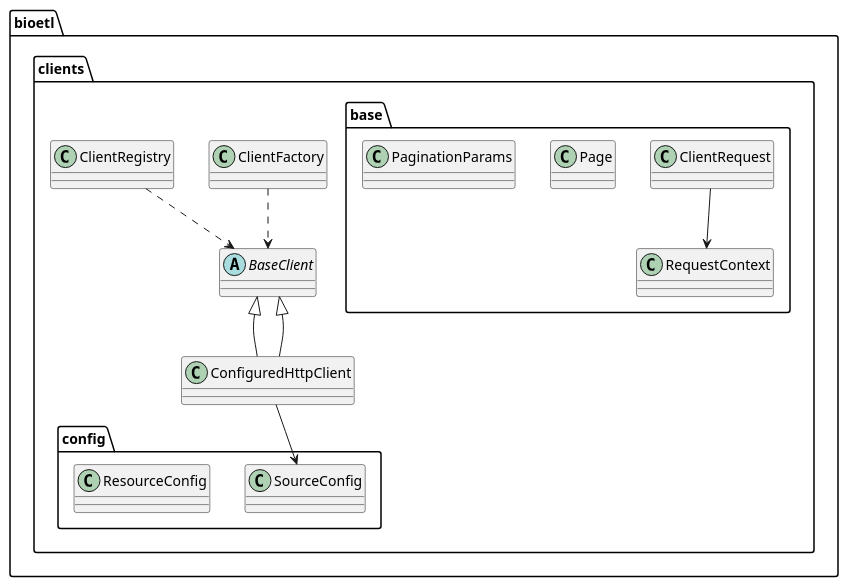
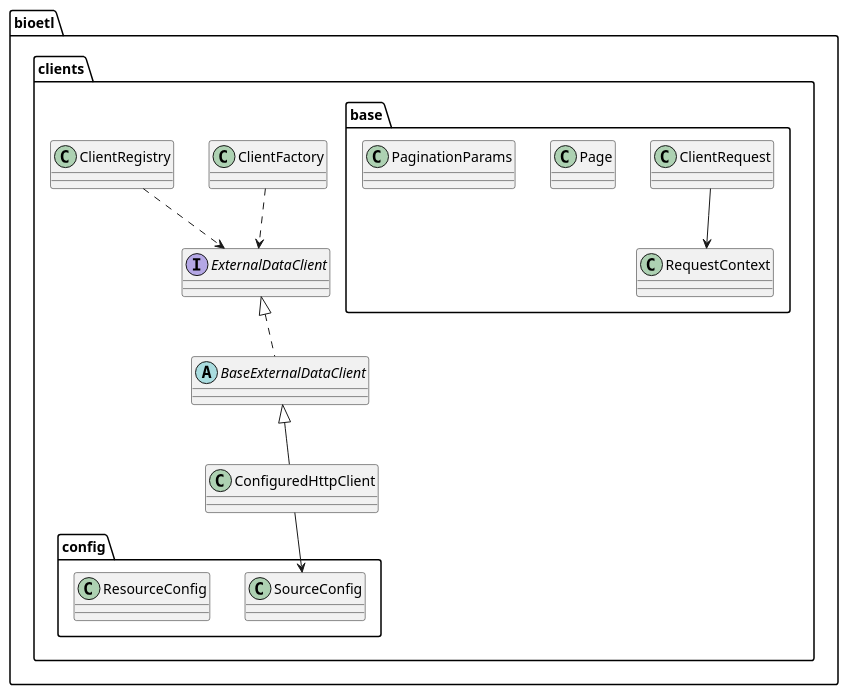
Before and after one commit to SatoryKono/bioactivity_data_acquisition: the first of 2 diagrams in docs/clients/19-clients-diagrams.md, drawn with PlantUML. The commit also changed other lines of this file, not shown here.

First line of the commit message:
docs(clients): align diagrams with ExternalDataClient contract

````diff
--- a/docs/clients/19-clients-diagrams.md
+++ b/docs/clients/19-clients-diagrams.md
@@ -151,28 +151,28 @@
 ```plantuml
 @startuml
 package "bioetl.clients" {
-  abstract class BaseClient
-  class ConfiguredHttpClient extends BaseClient
+  interface ExternalDataClient
+  abstract class BaseExternalDataClient implements ExternalDataClient
+  class ConfiguredHttpClient extends BaseExternalDataClient
   class ClientFactory
   class ClientRegistry
 }
 
 package "bioetl.clients.base" {
   class ClientRequest
   class RequestContext
   class Page
   class PaginationParams
 }
 
 package "bioetl.clients.config" {
   class SourceConfig
   class ResourceConfig
 }
 
-BaseClient <|-- ConfiguredHttpClient
-ClientFactory ..> BaseClient
-ClientRegistry ..> BaseClient
+ClientFactory ..> ExternalDataClient
+ClientRegistry ..> ExternalDataClient
 ClientRequest --> RequestContext
 ConfiguredHttpClient --> SourceConfig
 @enduml
 ```
````
